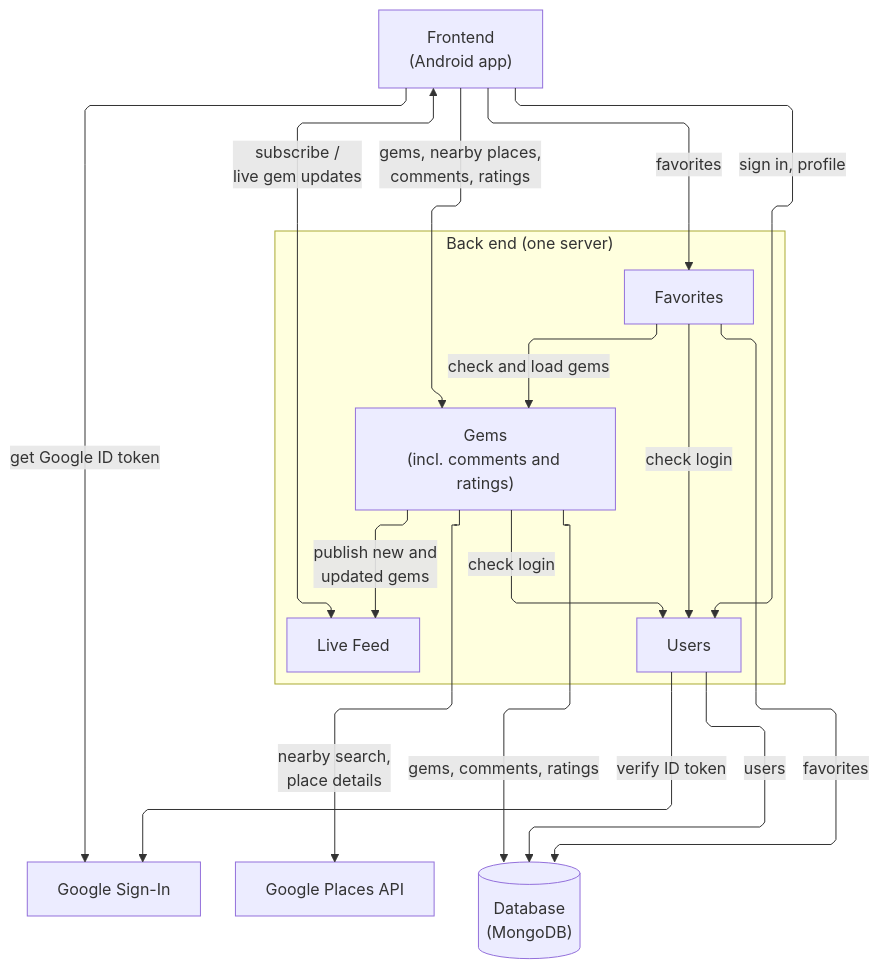
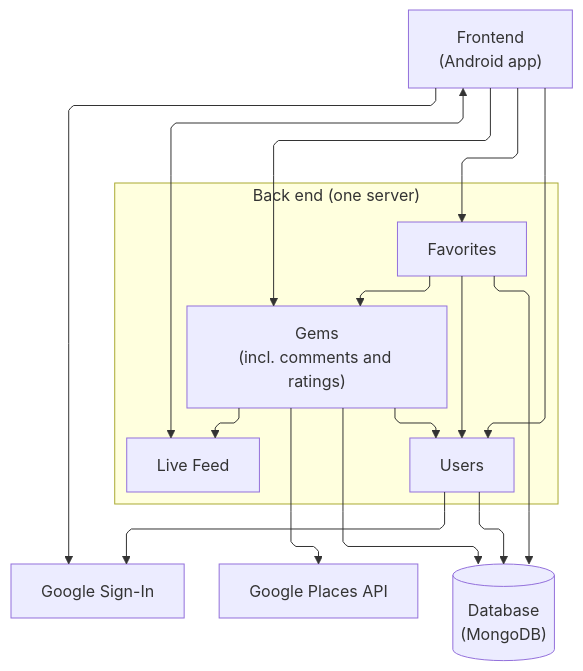
The diagram in documentation/diagrams/dependencies.mmd (ubc-cpen-321-excavator/excavator), drawn with Mermaid before and after one commit. The commit also changed 23 other files, not shown here.

Commit message:
docs: redo the design diagrams after CP2 feedback

```diff
--- a/documentation/diagrams/dependencies.mmd
+++ b/documentation/diagrams/dependencies.mmd
@@ -1,38 +1,38 @@
 ---
 config:
   layout: elk
   flowchart:
     curve: linear
 ---
 flowchart TB
   App["Frontend<br/>(Android app)"]
   SignIn["Google Sign-In"]
 
   subgraph Backend["Back end (one server)"]
     direction LR
     Users["Users"]
     Favs["Favorites"]
     Gems["Gems<br/>(incl. comments and ratings)"]
     Feed["Live Feed"]
   end
 
   Places["Google Places API"]
   DB[("Database<br/>(MongoDB)")]
 
-  App -->|"get Google ID token"| SignIn
-  App -->|"sign in, profile"| Users
-  App -->|"favorites"| Favs
-  App -->|"gems, nearby places,<br/>comments, ratings"| Gems
-  App <-->|"subscribe /<br/>live gem updates"| Feed
+  App --> SignIn
+  App --> Users
+  App --> Favs
+  App --> Gems
+  App <--> Feed
 
-  Favs -->|"check login"| Users
-  Gems -->|"check login"| Users
-  Favs -->|"check and load gems"| Gems
-  Gems -->|"publish new and<br/>updated gems"| Feed
+  Favs --> Users
+  Gems --> Users
+  Favs --> Gems
+  Gems --> Feed
 
-  Users -->|"verify ID token"| SignIn
-  Gems -->|"nearby search,<br/>place details"| Places
+  Users --> SignIn
+  Gems --> Places
 
-  Users -->|"users"| DB
-  Favs -->|"favorites"| DB
-  Gems -->|"gems, comments, ratings"| DB
+  Users --> DB
+  Favs --> DB
+  Gems --> DB
```
